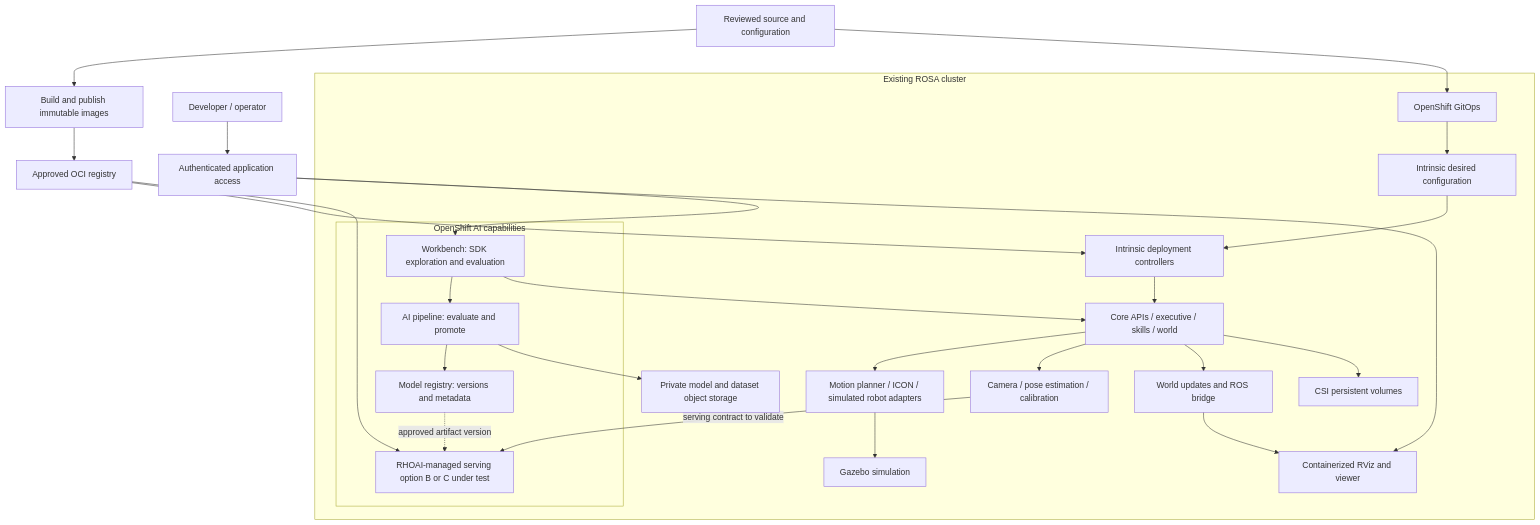
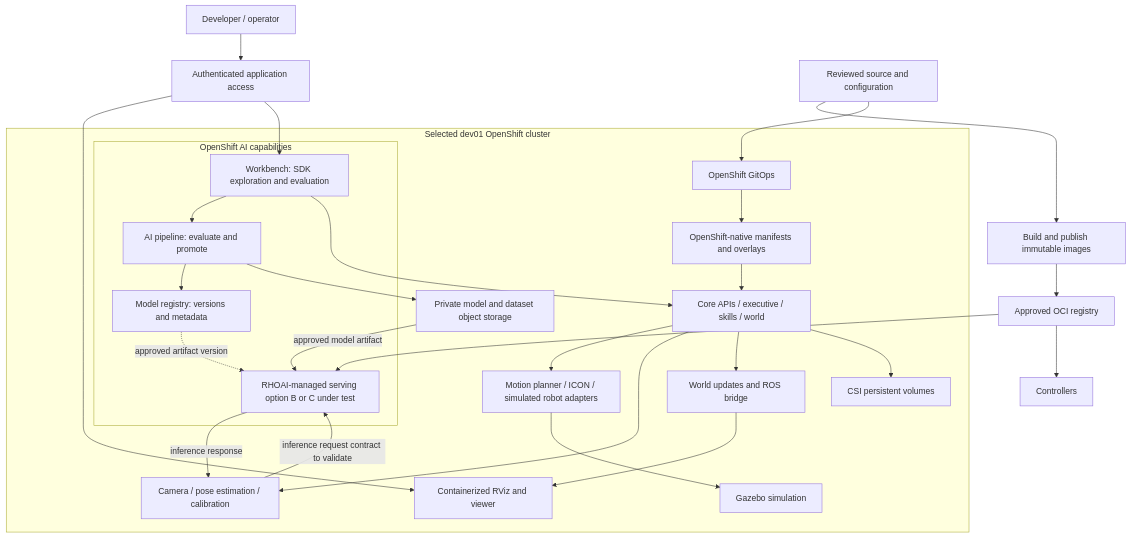
The diagram in OPENSHIFT_PLAN.md (rhkp/intrinsic-ai-core), drawn with Mermaid before and after one commit. The commit also changed other lines of this file and 222 other files, not shown here.

First line of the commit message:
Prepare OpenShift Intrinsic pilot

````diff
--- a/OPENSHIFT_PLAN.md
+++ b/OPENSHIFT_PLAN.md
@@ -107,33 +191,34 @@
 ```mermaid
 flowchart TB
     User[Developer / operator] --> Access[Authenticated application access]
     Git[Reviewed source and configuration] --> Build[Build and publish immutable images]
     Build --> Registry[Approved OCI registry]
     Git --> GitOps[OpenShift GitOps]
-    subgraph ROSA[Existing ROSA cluster]
-        GitOps --> Desired[Intrinsic desired configuration]
-        Desired --> Controllers[Intrinsic deployment controllers]
-        Controllers --> Core[Core APIs / executive / skills / world]
+    subgraph ROSA[Selected dev01 OpenShift cluster]
+        GitOps --> Desired[OpenShift-native manifests and overlays]
+        Desired --> Core[Core APIs / executive / skills / world]
         Core --> Robot[Motion planner / ICON / simulated robot adapters]
         Robot --> Gazebo[Gazebo simulation]
         Core --> Pose[Camera / pose estimation / calibration]
         World[World updates and ROS bridge] --> Viewer[Containerized RViz and viewer]
         Core --> World
         subgraph AI[OpenShift AI capabilities]
             WB[Workbench: SDK exploration and evaluation]
             Pipeline[AI pipeline: evaluate and promote]
             MR[Model registry: versions and metadata]
             Serve[RHOAI-managed serving option B or C under test]
             WB --> Pipeline --> MR
             MR -. approved artifact version .-> Serve
         end
-        Pose -->|serving contract to validate| Serve
+        Pose -->|inference request contract to validate| Serve
+        Serve -->|inference response| Pose
         WB --> Core
         Core --> PVC[CSI persistent volumes]
         Pipeline --> Objects[Private model and dataset object storage]
+        Objects -->|approved model artifact| Serve
     end
     Registry --> Controllers
     Registry --> Serve
     Access --> Viewer
     Access --> WB
 ```
````
